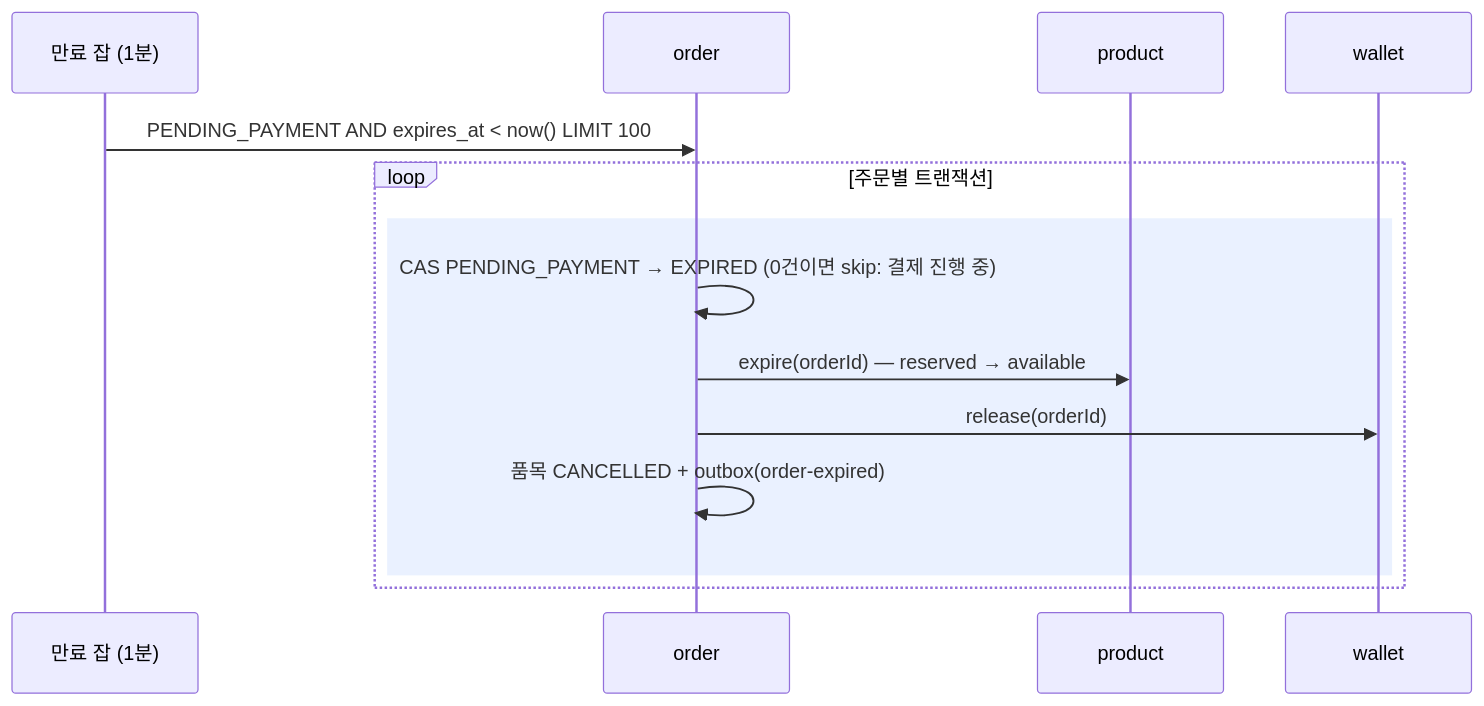
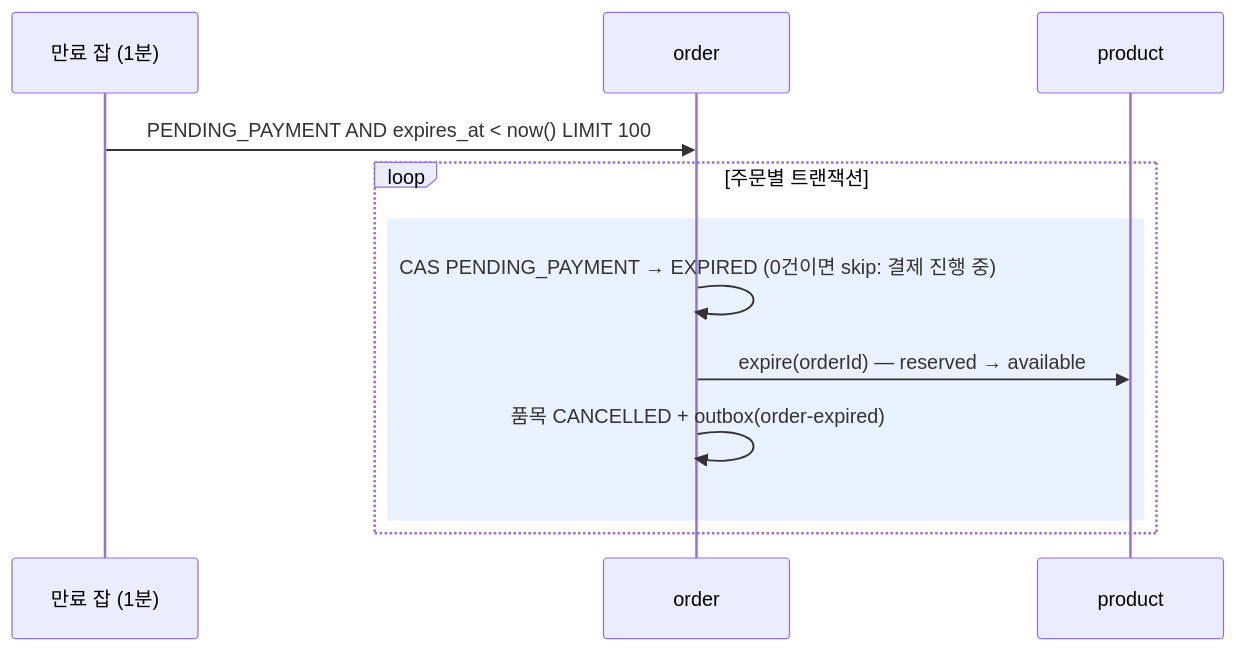
Before and after one commit to 95twan/myroutine-v2: the fourth of 10 diagrams in docs/02-design/06-sequences.md, drawn with Mermaid. The commit also changed other lines of this file and 27 other files, not shown here.

````diff
--- a/docs/02-design/06-sequences.md
+++ b/docs/02-design/06-sequences.md
@@ -108,16 +102,14 @@
 ```mermaid
 sequenceDiagram
   participant J as 만료 잡 (1분)
   participant O as order
   participant PR as product
-  participant W as wallet
   J->>O: PENDING_PAYMENT AND expires_at < now() LIMIT 100
   loop 주문별 트랜잭션
     rect rgba(80,140,255,0.12)
       O->>O: CAS PENDING_PAYMENT → EXPIRED (0건이면 skip: 결제 진행 중)
       O->>PR: expire(orderId) — reserved → available
-      O->>W: release(orderId)
       O->>O: 품목 CANCELLED + outbox(order-expired)
     end
   end
 ```
````
